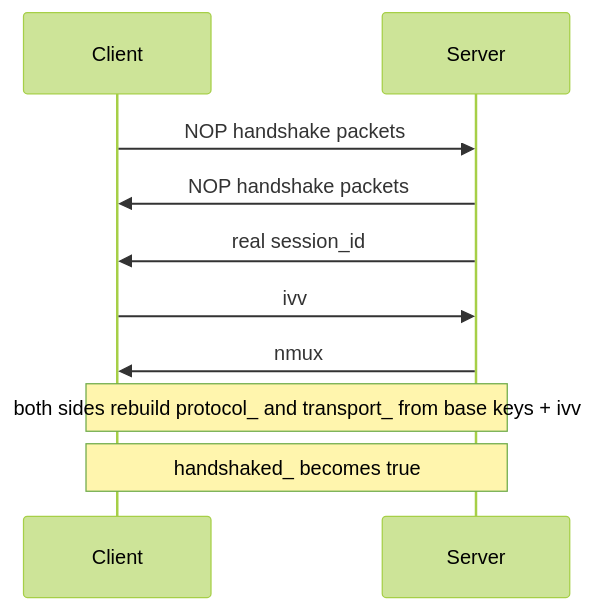
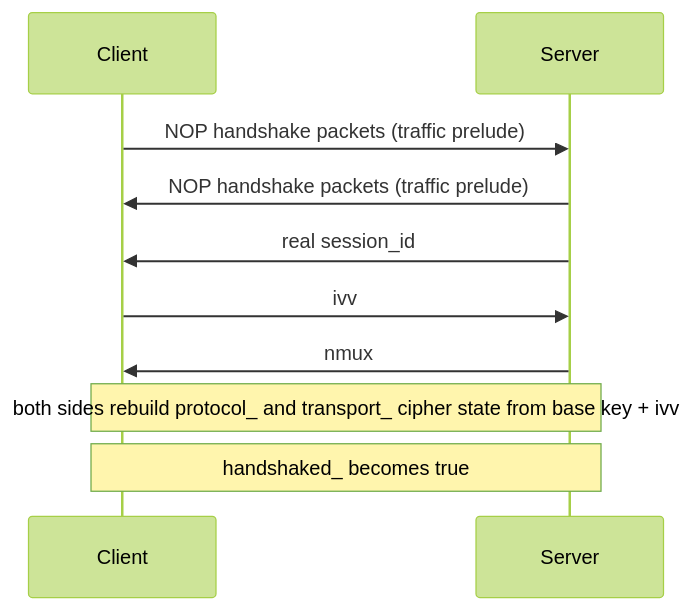
Before and after one commit to HyacinthHaru/openppp2: the first of 2 diagrams in docs/HANDSHAKE_SEQUENCE.md, drawn with Mermaid (forest theme). The commit also changed other lines of this file and 31 other files, not shown here.

````diff
--- a/docs/HANDSHAKE_SEQUENCE.md
+++ b/docs/HANDSHAKE_SEQUENCE.md
@@ -39,12 +82,12 @@
 ```mermaid
 sequenceDiagram
     participant C as Client
     participant S as Server
-    C->>S: NOP handshake packets
-    S->>C: NOP handshake packets
+    C->>S: NOP handshake packets (traffic prelude)
+    S->>C: NOP handshake packets (traffic prelude)
     S->>C: real session_id
     C->>S: ivv
     S->>C: nmux
-    Note over C,S: both sides rebuild protocol_ and transport_ from base keys + ivv
+    Note over C,S: both sides rebuild protocol_ and transport_ cipher state from base key + ivv
     Note over C,S: handshaked_ becomes true
 ```
````
